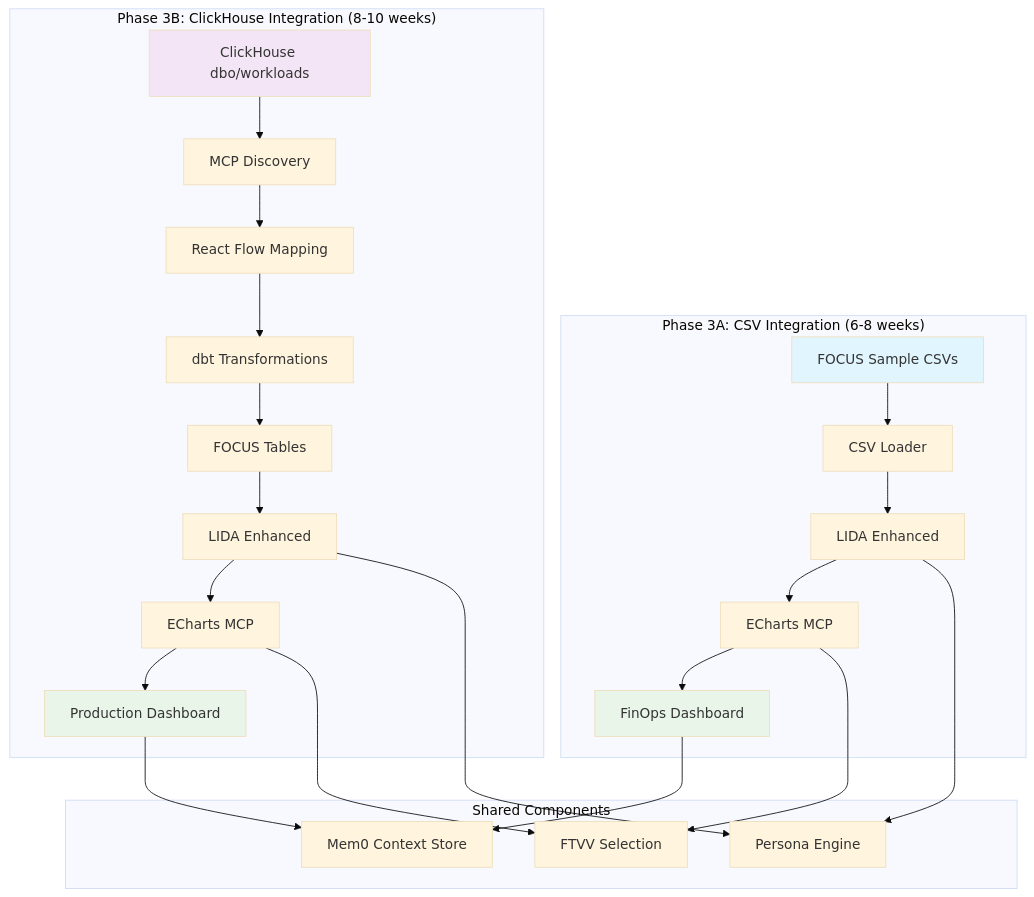
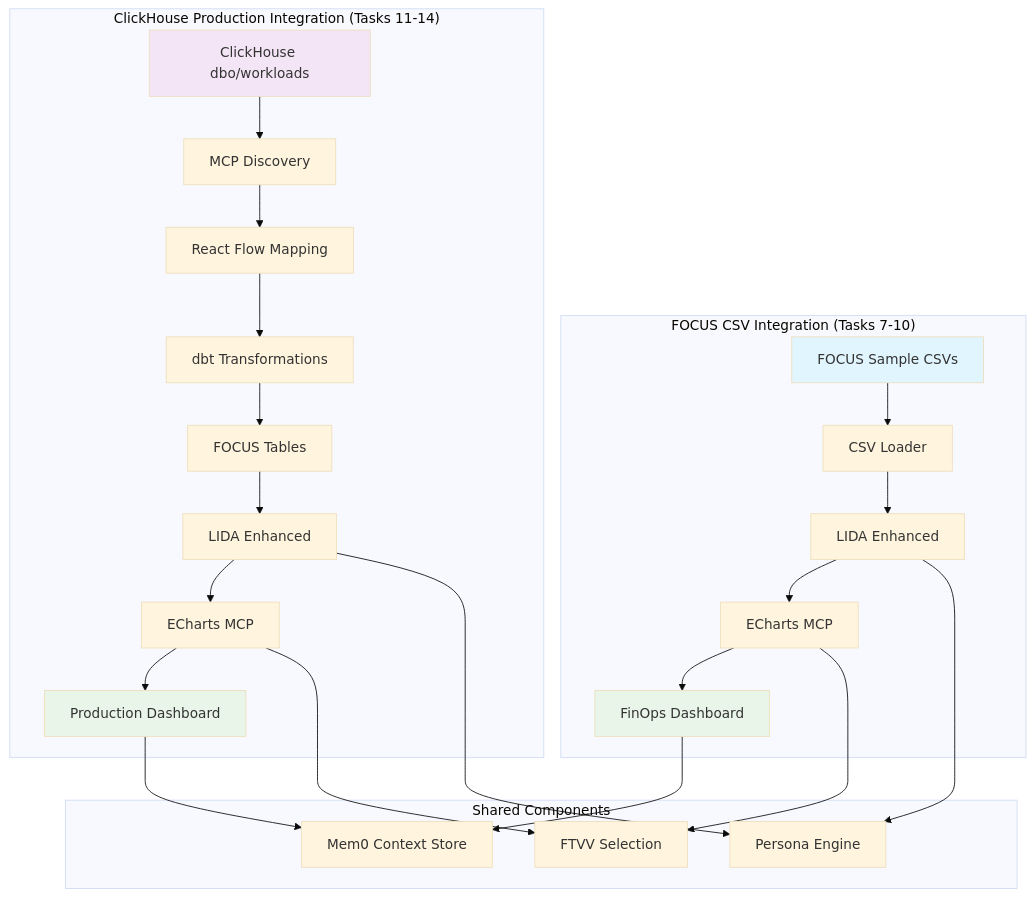
Before and after one commit to chris-han/CopilotKit: the first of 3 diagrams in examples/copilot-chat-with-your-data/frontend/design-specs/LIDA-ECharts-Implementation-Plan.md, drawn with Mermaid (base theme). The commit also changed other lines of this file and 3 other files, not shown here.

````diff
--- a/examples/copilot-chat-with-your-data/frontend/design-specs/LIDA-ECharts-Implementation-Plan.md
+++ b/examples/copilot-chat-with-your-data/frontend/design-specs/LIDA-ECharts-Implementation-Plan.md
@@ -228,37 +243,37 @@
 ```mermaid
 graph TB
-    subgraph "Phase 3A: CSV Integration (6-8 weeks)"
+    subgraph "FOCUS CSV Integration (Tasks 7-10)"
         A1[FOCUS Sample CSVs] --> B1[CSV Loader]
         B1 --> C1[LIDA Enhanced]
         C1 --> D1[ECharts MCP]
         D1 --> E1[FinOps Dashboard]
     end
 
-    subgraph "Phase 3B: ClickHouse Integration (8-10 weeks)"
+    subgraph "ClickHouse Production Integration (Tasks 11-14)"
         A2[ClickHouse dbo/workloads] --> B2[MCP Discovery]
         B2 --> C2[React Flow Mapping]
         C2 --> D2[dbt Transformations]
         D2 --> E2[FOCUS Tables]
         E2 --> F2[LIDA Enhanced]
         F2 --> G2[ECharts MCP]
         G2 --> H2[Production Dashboard]
     end
 
     subgraph "Shared Components"
         I[Mem0 Context Store]
         J[Persona Engine]
         K[FTVV Selection]
     end
 
     E1 --> I
     H2 --> I
     C1 --> J
     F2 --> J
     D1 --> K
     G2 --> K
 
     style A1 fill:#e1f5fe
     style A2 fill:#f3e5f5
     style E1 fill:#e8f5e8
     style H2 fill:#e8f5e8
 ```
````
